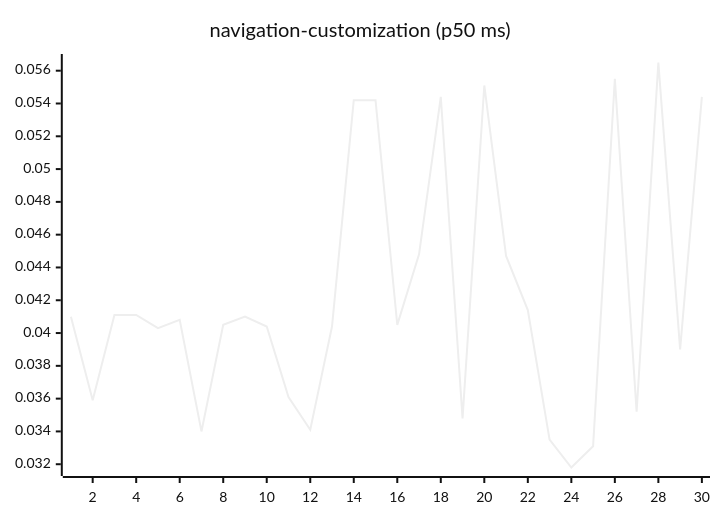
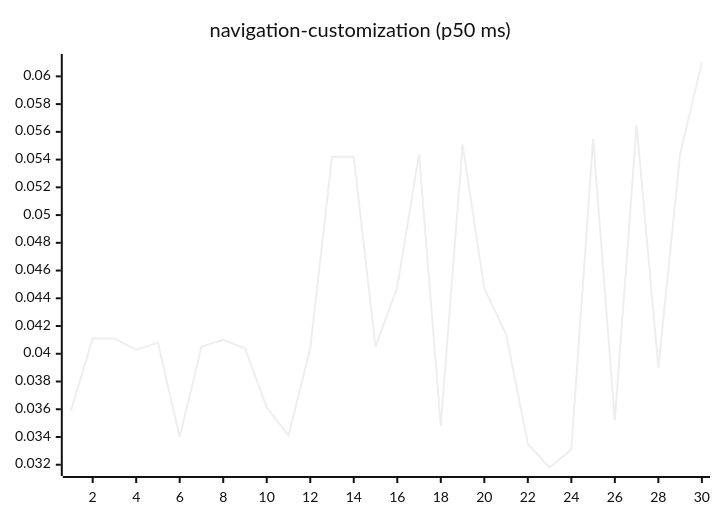
Diagram 15 of 27 in README.md (josha/Facet), drawn with Mermaid (neutral theme) before and after one commit. The commit also changed other lines of this file and 2 other files, not shown here.

````diff
--- a/README.md
+++ b/README.md
@@ -161,6 +161,6 @@
 ```mermaid
 xychart-beta
     title "navigation-customization (p50 ms)"
     x-axis 1 --> 30
-    line [0.0410, 0.0359, 0.0411, 0.0411, 0.0403, 0.0408, 0.0340, 0.0405, 0.0410, 0.0404, 0.0361, 0.0341, 0.0404, 0.0542, 0.0542, 0.0405, 0.0448, 0.0544, 0.0348, 0.0551, 0.0447, 0.0414, 0.0335, 0.0318, 0.0331, 0.0555, 0.0352, 0.0565, 0.0390, 0.0544]
+    line [0.0359, 0.0411, 0.0411, 0.0403, 0.0408, 0.0340, 0.0405, 0.0410, 0.0404, 0.0361, 0.0341, 0.0404, 0.0542, 0.0542, 0.0405, 0.0448, 0.0544, 0.0348, 0.0551, 0.0447, 0.0414, 0.0335, 0.0318, 0.0331, 0.0555, 0.0352, 0.0565, 0.0390, 0.0544, 0.0610]
 ```
````
